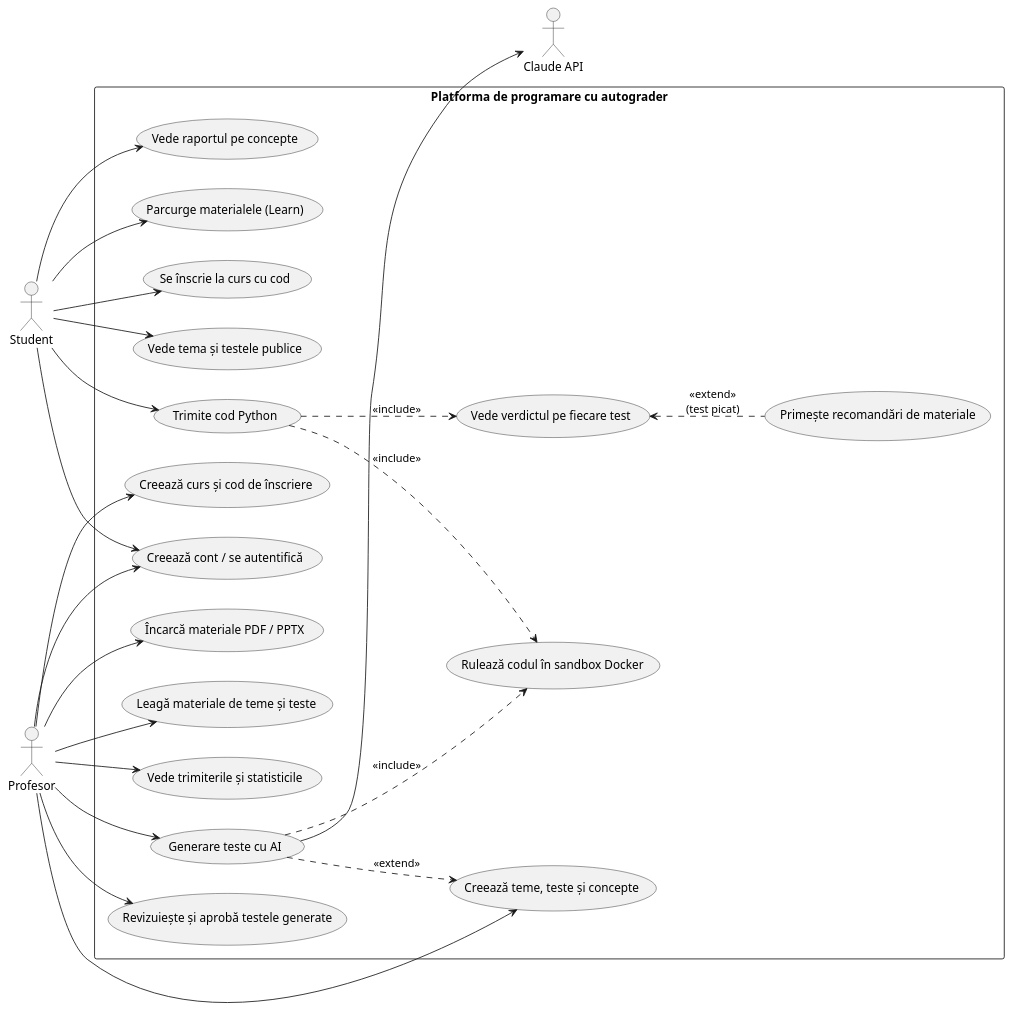
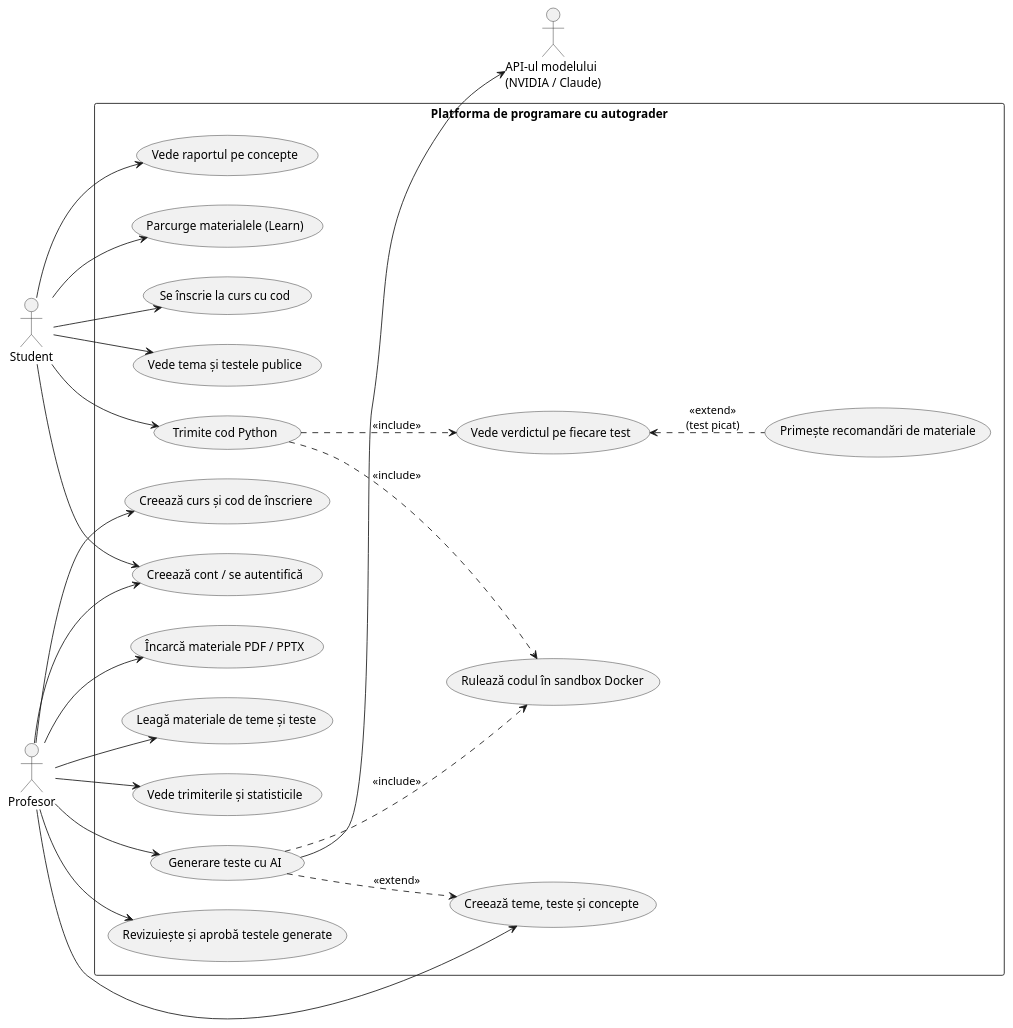
The diagram in docs/uml/use-case.puml (Cataflon/Code-Learning-Platform), drawn with PlantUML before and after one commit. The commit also changed 20 other files, not shown here.

First line of the commit message:
feat: generate test inputs from the teacher's reference solution, via the NVIDIA API catalog

```diff
--- a/docs/uml/use-case.puml
+++ b/docs/uml/use-case.puml
@@ -1,53 +1,53 @@
 @startuml use-case
 left to right direction
 skinparam packageStyle rectangle
 
 actor Student
 actor Profesor as Teacher
 
 rectangle "Platforma de programare cu autograder" {
   usecase "Creează cont / se autentifică" as UC1
   usecase "Se înscrie la curs cu cod" as UC2
   usecase "Vede tema și testele publice" as UC3
   usecase "Trimite cod Python" as UC4
   usecase "Vede verdictul pe fiecare test" as UC5
   usecase "Vede raportul pe concepte" as UC6
   usecase "Parcurge materialele (Learn)" as UC7
   usecase "Primește recomandări de materiale" as UC8
 
   usecase "Creează curs și cod de înscriere" as UC10
   usecase "Creează teme, teste și concepte" as UC11
   usecase "Încarcă materiale PDF / PPTX" as UC12
   usecase "Leagă materiale de teme și teste" as UC13
   usecase "Vede trimiterile și statisticile" as UC14
   usecase "Generare teste cu AI" as UC15
   usecase "Revizuiește și aprobă testele generate" as UC16
 
   usecase "Rulează codul în sandbox Docker" as UC20
 }
 
 Student --> UC1
 Student --> UC2
 Student --> UC3
 Student --> UC4
 Student --> UC6
 Student --> UC7
 
 Teacher --> UC1
 Teacher --> UC10
 Teacher --> UC11
 Teacher --> UC12
 Teacher --> UC13
 Teacher --> UC14
 Teacher --> UC15
 Teacher --> UC16
 
-actor "Claude API" as Claude
-UC15 --> Claude
+actor "API-ul modelului\n(NVIDIA / Claude)" as LLM
+UC15 --> LLM
 UC15 ..> UC11 : <<extend>>
 UC15 ..> UC20 : <<include>>
 
 UC4 ..> UC20 : <<include>>
 UC4 ..> UC5 : <<include>>
 UC5 <.. UC8 : <<extend>>\n(test picat)
 @enduml
```
